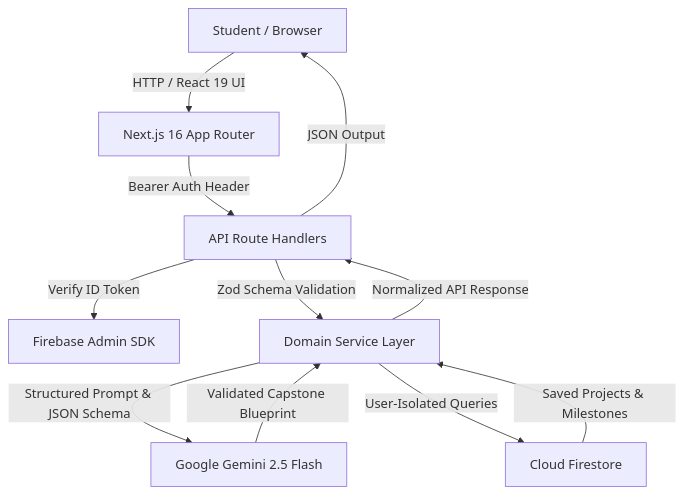
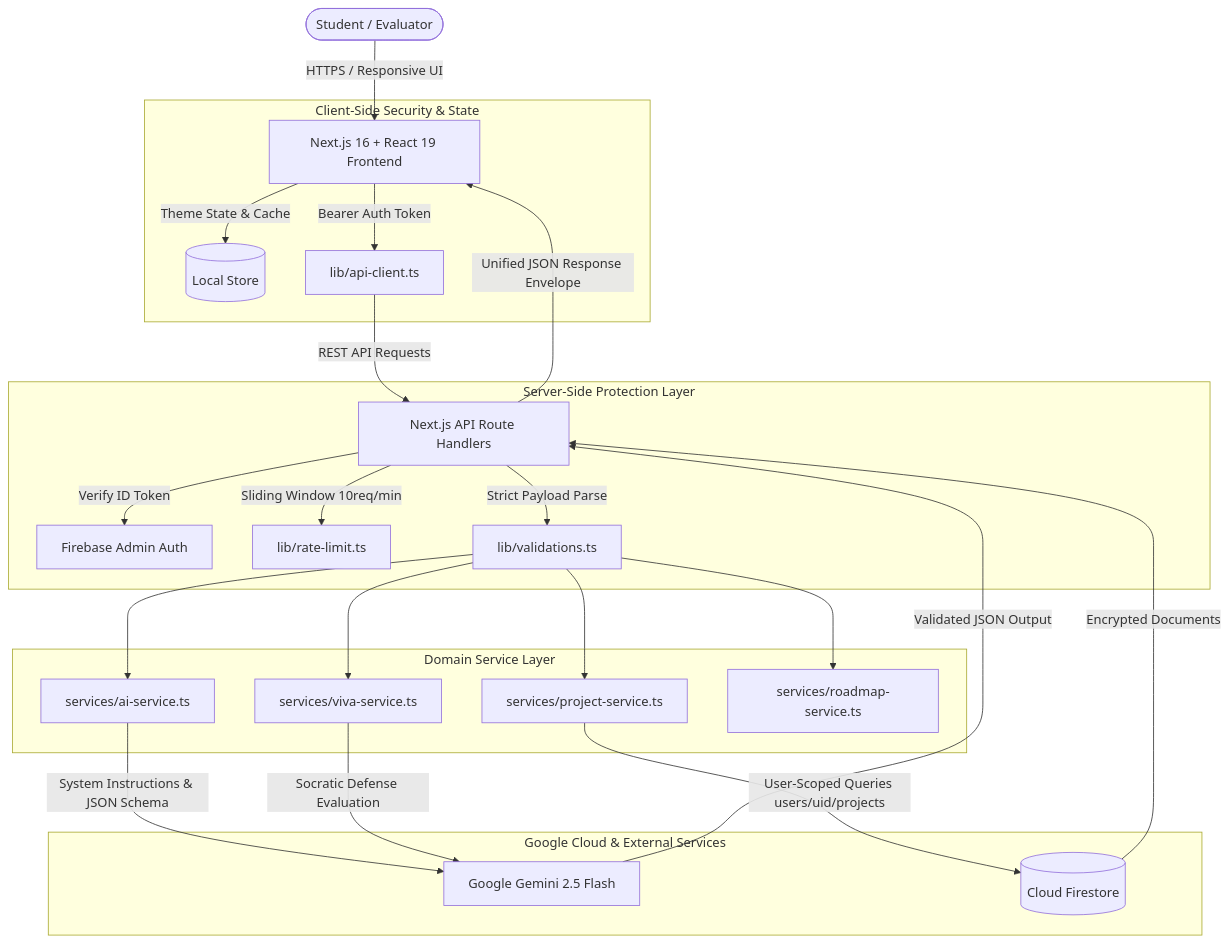
Before and after one commit to shreyanshio/PromptwarsX-1: the diagram in README.md, drawn with Mermaid. The commit also changed other lines of this file and 2 other files, not shown here.

Commit message:
docs & feat: add competition-grade README with live link, author credits, star CTA, accessible Viva Kit, and expanded test coverage

````diff
--- a/README.md
+++ b/README.md
@@ -20,13 +51,34 @@
 ```mermaid
 graph TD
-    A[Student / Browser] -->|HTTP / React 19 UI| B[Next.js 16 App Router]
-    B -->|Bearer Auth Header| C[API Route Handlers]
-    C -->|Verify ID Token| D[Firebase Admin SDK]
-    C -->|Zod Schema Validation| E[Domain Service Layer]
-    E -->|Structured Prompt & JSON Schema| F[Google Gemini 2.5 Flash]
-    E -->|User-Isolated Queries| G[Cloud Firestore]
-    F -->|Validated Capstone Blueprint| E
-    G -->|Saved Projects & Milestones| E
-    E -->|Normalized API Response| C
-    C -->|JSON Output| A
+    User([Student / Evaluator]) -->|HTTPS / Responsive UI| UI[Next.js 16 + React 19 Frontend]
+    
+    subgraph "Client-Side Security & State"
+        UI -->|Theme State & Cache| LocalStorage[(Local Store)]
+        UI -->|Bearer Auth Token| ApiClient[lib/api-client.ts]
+    end
+    
+    ApiClient -->|REST API Requests| Gateway[Next.js API Route Handlers]
+    
+    subgraph "Server-Side Protection Layer"
+        Gateway -->|Verify ID Token| AdminAuth[Firebase Admin Auth]
+        Gateway -->|Sliding Window 10req/min| RateLimiter[lib/rate-limit.ts]
+        Gateway -->|Strict Payload Parse| ZodValidation[lib/validations.ts]
+    end
+    
+    subgraph "Domain Service Layer"
+        ZodValidation --> AIService[services/ai-service.ts]
+        ZodValidation --> ProjectService[services/project-service.ts]
+        ZodValidation --> VivaService[services/viva-service.ts]
+        ZodValidation --> RoadmapService[services/roadmap-service.ts]
+    end
+    
+    subgraph "Google Cloud & External Services"
+        AIService -->|System Instructions & JSON Schema| Gemini[Google Gemini 2.5 Flash]
+        VivaService -->|Socratic Defense Evaluation| Gemini
+        ProjectService -->|User-Scoped Queries users/uid/projects| Firestore[(Cloud Firestore)]
+    end
+    
+    Gemini -->|Validated JSON Output| Gateway
+    Firestore -->|Encrypted Documents| Gateway
+    Gateway -->|Unified JSON Response Envelope| UI
 ```
````
